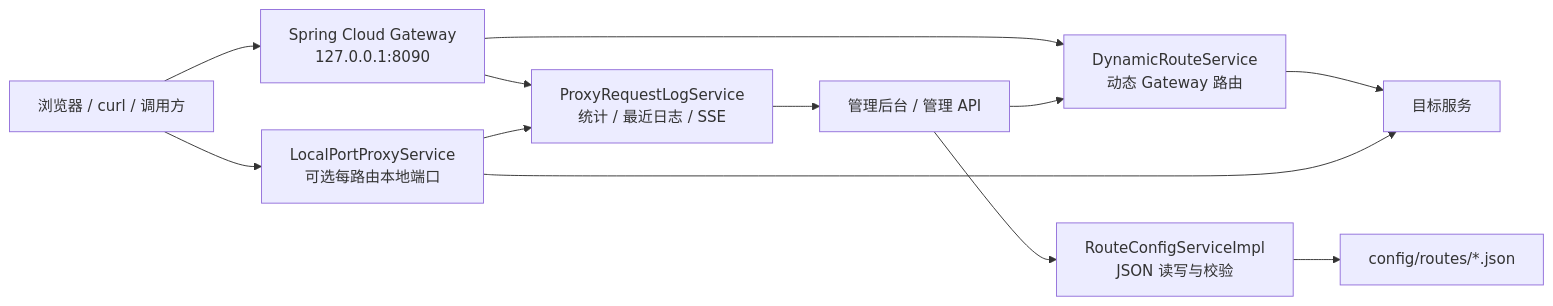
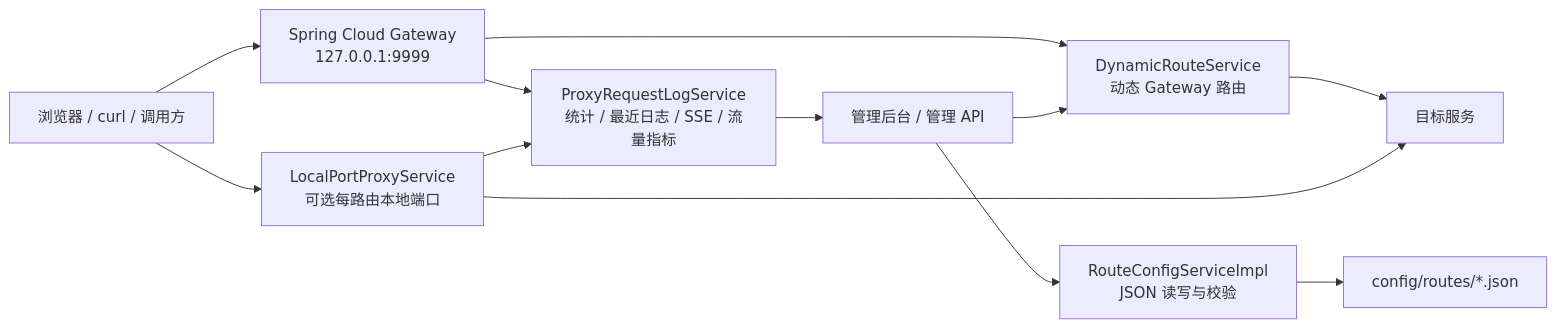
The diagram in README.md (geek-xin/web-router), drawn with Mermaid before and after one commit. The commit also changed other lines of this file and 126 other files, not shown here.

````diff
--- a/README.md
+++ b/README.md
@@ -59,17 +80,17 @@
 ```mermaid
 flowchart LR
-    Client["浏览器 / curl / 调用方"] --> Gateway["Spring Cloud Gateway\n127.0.0.1:8090"]
+    Client["浏览器 / curl / 调用方"] --> Gateway["Spring Cloud Gateway\n127.0.0.1:9999"]
     Gateway --> DynamicRoutes["DynamicRouteService\n动态 Gateway 路由"]
     DynamicRoutes --> Target["目标服务"]
 
     Admin["管理后台 / 管理 API"] --> RouteService["RouteConfigServiceImpl\nJSON 读写与校验"]
     RouteService --> JsonFiles["config/routes/*.json"]
     Admin --> DynamicRoutes
 
     Client --> LocalProxy["LocalPortProxyService\n可选每路由本地端口"]
     LocalProxy --> Target
 
-    Gateway --> Logs["ProxyRequestLogService\n统计 / 最近日志 / SSE"]
+    Gateway --> Logs["ProxyRequestLogService\n统计 / 最近日志 / SSE / 流量指标"]
     LocalProxy --> Logs
     Logs --> Admin
 ```
````
